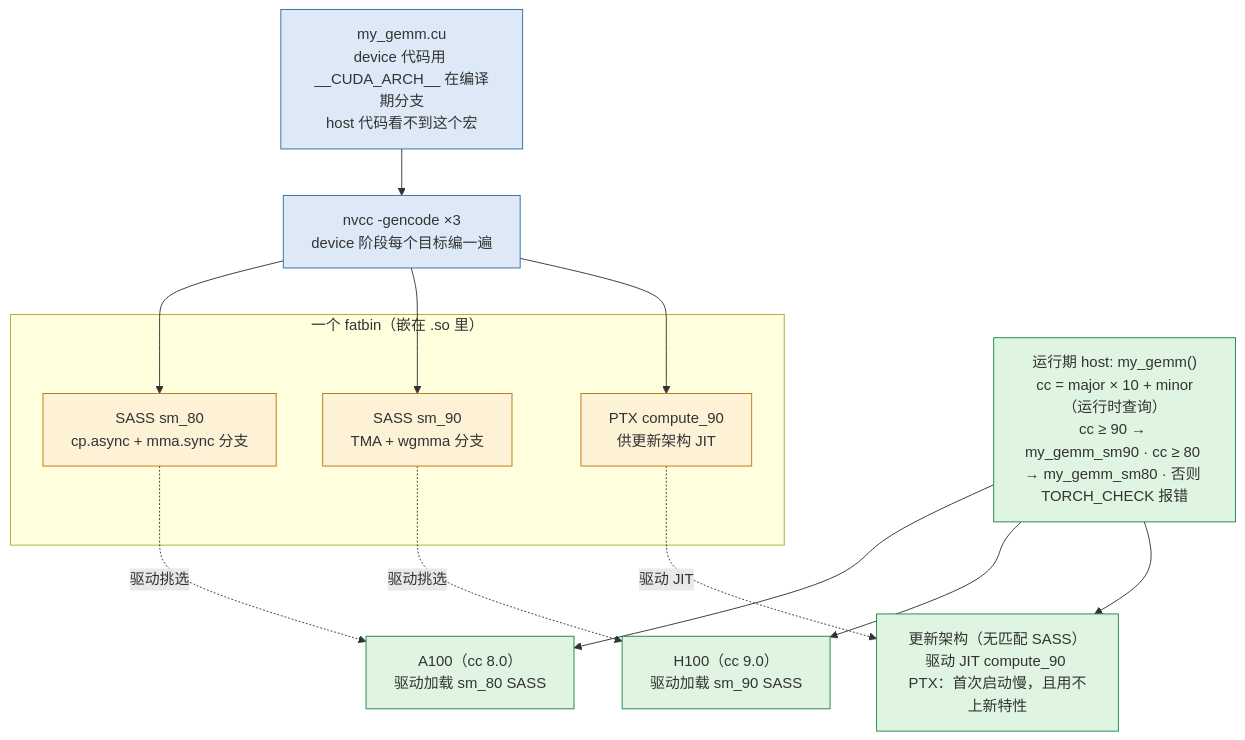
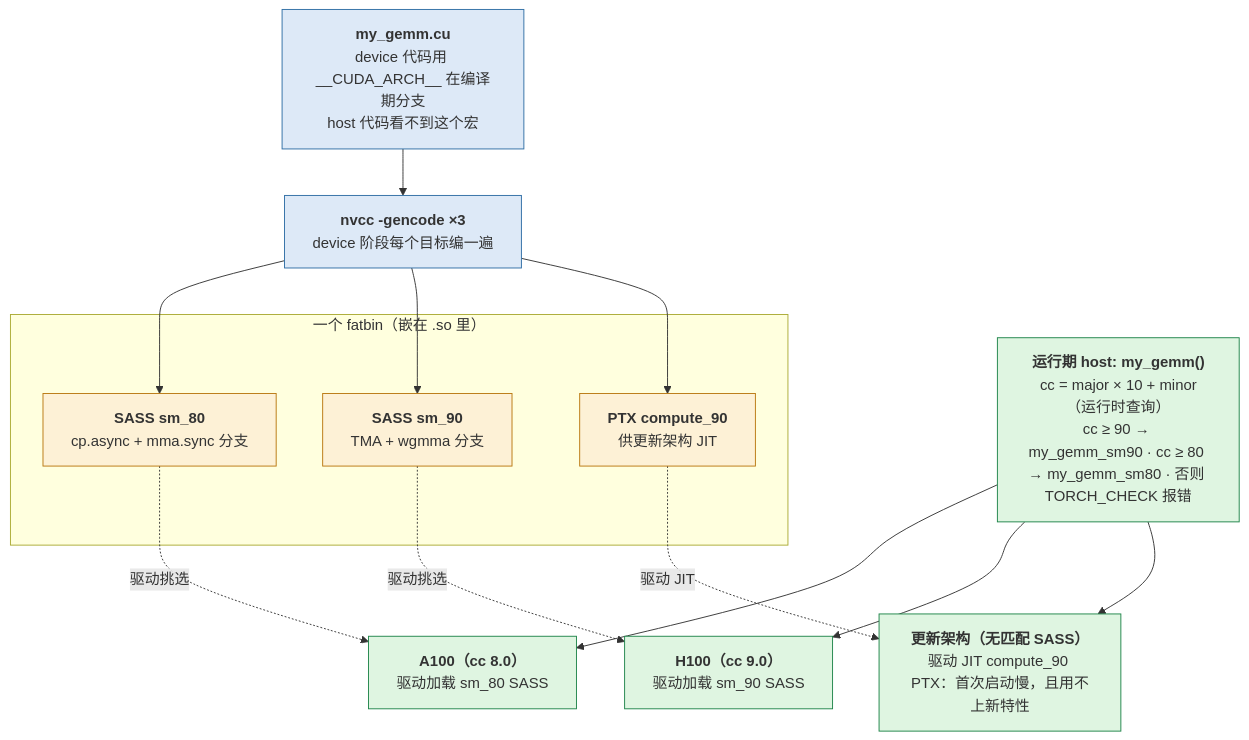
One commit to arganzheng/arganzheng.github.com changed the third of 5 diagrams in _posts/2026-05-20-kernel-profiling-testing-and-contribution.md. Above: the diagram before and after it, drawn with Mermaid. The commit also changed other lines of this file and 10 other files, not shown here.

First line of the commit message:
GPU Kernel 工程：从 CUDA 执行模型到 FlashAttention：Mermaid 多行方框的首行标为标题（11 篇）

````diff
--- a/_posts/2026-05-20-kernel-profiling-testing-and-contribution.md
+++ b/_posts/2026-05-20-kernel-profiling-testing-and-contribution.md
@@ -823,33 +823,33 @@
 ```mermaid
 %% 图：编译期与运行期的两级选择：nvcc 按 -gencode 编多份 SASS 进 fatbin，驱动挑 SASS，host 函数按 compute capability 挑入口
 flowchart TB
-    src["my_gemm.cu<br/>device 代码用 __CUDA_ARCH__ 在编译期分支<br/>host 代码看不到这个宏"]
-    nvcc["nvcc -gencode ×3<br/>device 阶段每个目标编一遍"]
+    src["<b>my_gemm.cu</b><br/>device 代码用 __CUDA_ARCH__ 在编译期分支<br/>host 代码看不到这个宏"]
+    nvcc["<b>nvcc -gencode ×3</b><br/>device 阶段每个目标编一遍"]
     subgraph fatbin["一个 fatbin（嵌在 .so 里）"]
-        s80["SASS sm_80<br/>cp.async + mma.sync 分支"]
-        s90["SASS sm_90<br/>TMA + wgmma 分支"]
-        ptx["PTX compute_90<br/>供更新架构 JIT"]
+        s80["<b>SASS sm_80</b><br/>cp.async + mma.sync 分支"]
+        s90["<b>SASS sm_90</b><br/>TMA + wgmma 分支"]
+        ptx["<b>PTX compute_90</b><br/>供更新架构 JIT"]
     end
     src --> nvcc
     nvcc --> s80
     nvcc --> s90
     nvcc --> ptx
 
-    host["运行期 host: my_gemm()<br/>cc = major × 10 + minor（运行时查询）<br/>cc ≥ 90 → my_gemm_sm90 · cc ≥ 80 → my_gemm_sm80 · 否则 TORCH_CHECK 报错"]
-    a100["A100（cc 8.0）<br/>驱动加载 sm_80 SASS"]
-    h100["H100（cc 9.0）<br/>驱动加载 sm_90 SASS"]
-    newer["更新架构（无匹配 SASS）<br/>驱动 JIT compute_90 PTX：首次启动慢，且用不上新特性"]
+    host["<b>运行期 host: my_gemm()</b><br/>cc = major × 10 + minor（运行时查询）<br/>cc ≥ 90 → my_gemm_sm90 · cc ≥ 80 → my_gemm_sm80 · 否则 TORCH_CHECK 报错"]
+    a100["<b>A100（cc 8.0）</b><br/>驱动加载 sm_80 SASS"]
+    h100["<b>H100（cc 9.0）</b><br/>驱动加载 sm_90 SASS"]
+    newer["<b>更新架构（无匹配 SASS）</b><br/>驱动 JIT compute_90 PTX：首次启动慢，且用不上新特性"]
     host --> a100
     host --> h100
     host --> newer
     s80 -. "驱动挑选" .-> a100
     s90 -. "驱动挑选" .-> h100
     ptx -. "驱动 JIT" .-> newer
 
     classDef build fill:#dde9f7,stroke:#2e6da4
     classDef bin fill:#fdf1d6,stroke:#b9770e
     classDef run fill:#dff5e1,stroke:#1e8449
     class src,nvcc build
     class s80,s90,ptx bin
     class host,a100,h100,newer run
 ```
````
